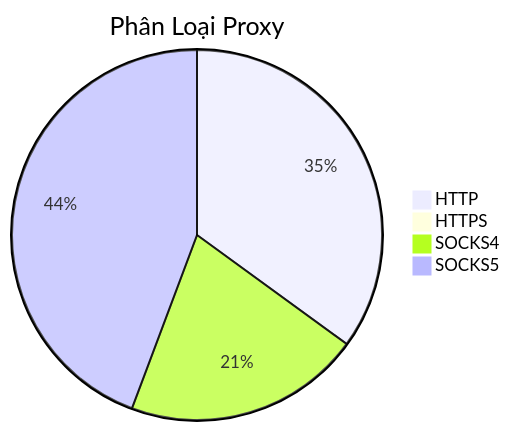
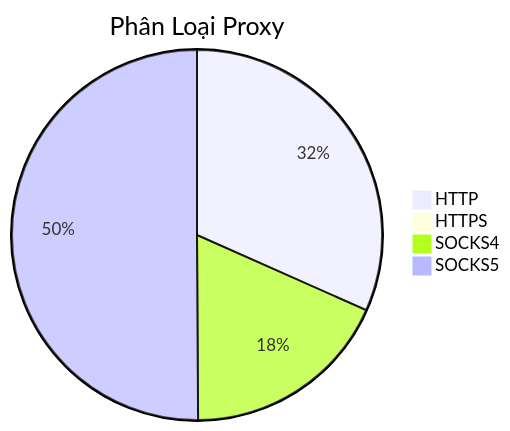
The diagram in README.md (Ciara-Aa/PROXY-free), drawn with Mermaid before and after one commit. The commit also changed other lines of this file and 4 other files, not shown here.

````diff
--- a/README.md
+++ b/README.md
@@ -26,7 +26,7 @@
 ```mermaid
 pie title Phân Loại Proxy
-    "HTTP" : 521
+    "HTTP" : 508
     "HTTPS" : 3
-    "SOCKS4" : 308
-    "SOCKS5" : 659
+    "SOCKS4" : 293
+    "SOCKS5" : 804
 ```
````
